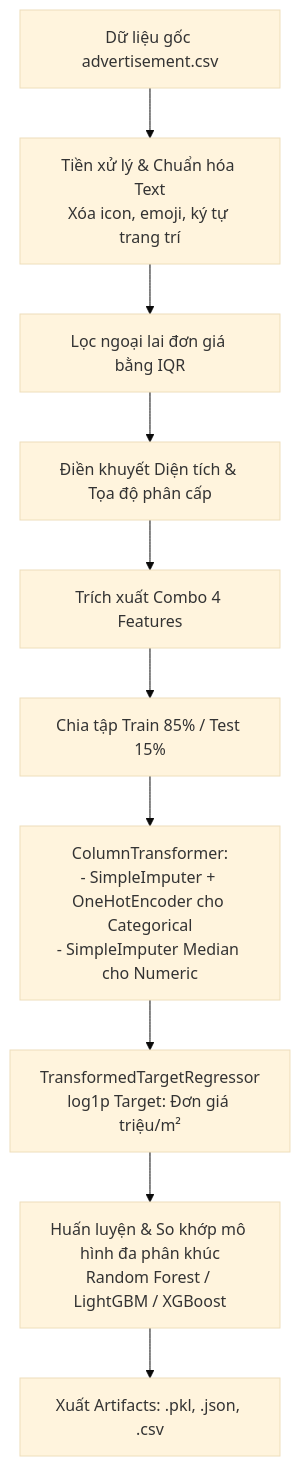
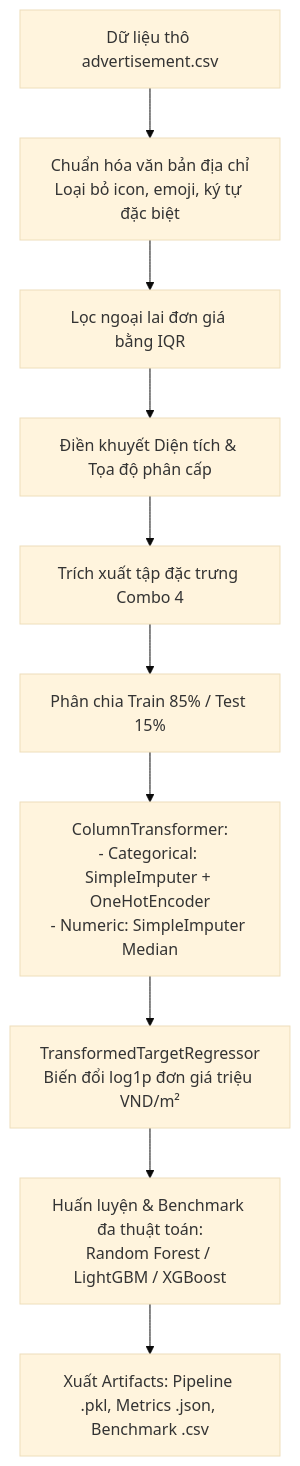
One commit to AnhTtis/Machine-Learning-for-Housing-Price changed the diagram in README.md. Above: the diagram before and after it, drawn with Mermaid (base theme). The commit also changed other lines of this file, not shown here.

````diff
--- a/README.md
+++ b/README.md
@@ -95,12 +103,12 @@
 ```mermaid
 flowchart TD
-    A[Dữ liệu gốc advertisement.csv] --> B[Tiền xử lý & Chuẩn hóa Text\nXóa icon, emoji, ký tự trang trí]
+    A[Dữ liệu thô advertisement.csv] --> B[Chuẩn hóa văn bản địa chỉ\nLoại bỏ icon, emoji, ký tự đặc biệt]
     B --> C[Lọc ngoại lai đơn giá bằng IQR]
     C --> D[Điền khuyết Diện tích & Tọa độ phân cấp]
-    D --> E[Trích xuất Combo 4 Features]
-    E --> F[Chia tập Train 85% / Test 15%]
-    F --> G[ColumnTransformer:\n- SimpleImputer + OneHotEncoder cho Categorical\n- SimpleImputer Median cho Numeric]
-    G --> H[TransformedTargetRegressor\nlog1p Target: Đơn giá triệu/m²]
-    H --> I[Huấn luyện & So khớp mô hình đa phân khúc\nRandom Forest / LightGBM / XGBoost]
-    I --> J[Xuất Artifacts: .pkl, .json, .csv]
+    D --> E[Trích xuất tập đặc trưng Combo 4]
+    E --> F[Phân chia Train 85% / Test 15%]
+    F --> G[ColumnTransformer:\n- Categorical: SimpleImputer + OneHotEncoder\n- Numeric: SimpleImputer Median]
+    G --> H[TransformedTargetRegressor\nBiến đổi log1p đơn giá triệu VND/m²]
+    H --> I[Huấn luyện & Benchmark đa thuật toán:\nRandom Forest / LightGBM / XGBoost]
+    I --> J[Xuất Artifacts: Pipeline .pkl, Metrics .json, Benchmark .csv]
 ```
````
